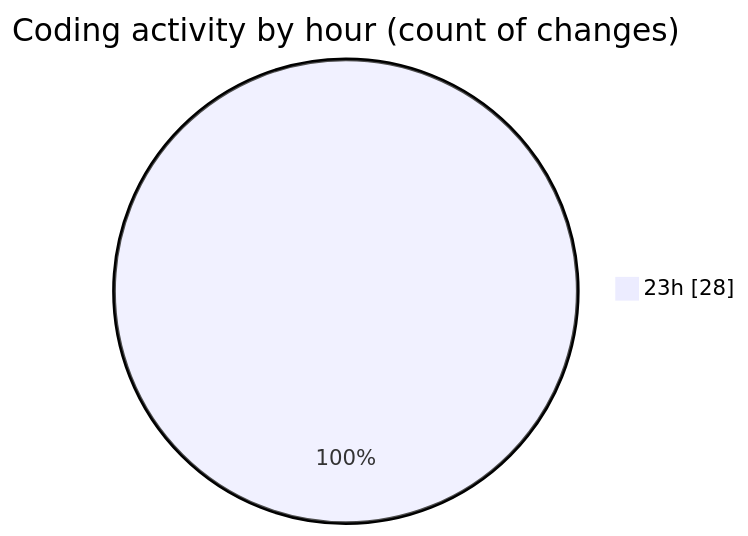
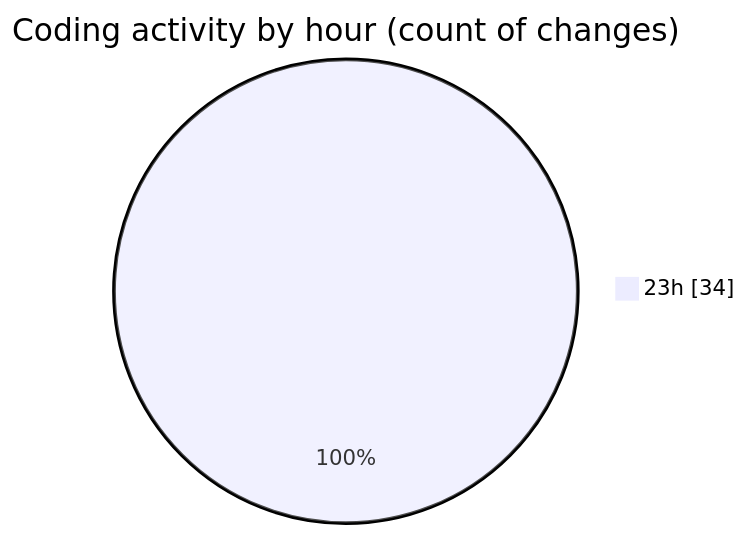
Before and after one commit to Netris89/code-tracking: the second of 2 diagrams in 2025-04-26/date/README.md, drawn with Mermaid. The commit also changed other lines of this file and 1 other file, not shown here.

````diff
--- a/2025-04-26/date/README.md
+++ b/2025-04-26/date/README.md
@@ -30,5 +30,5 @@
 ```mermaid
 pie showData
 title Coding activity by hour (count of changes)
-"23h" : 28
+"23h" : 34
 ```
````
